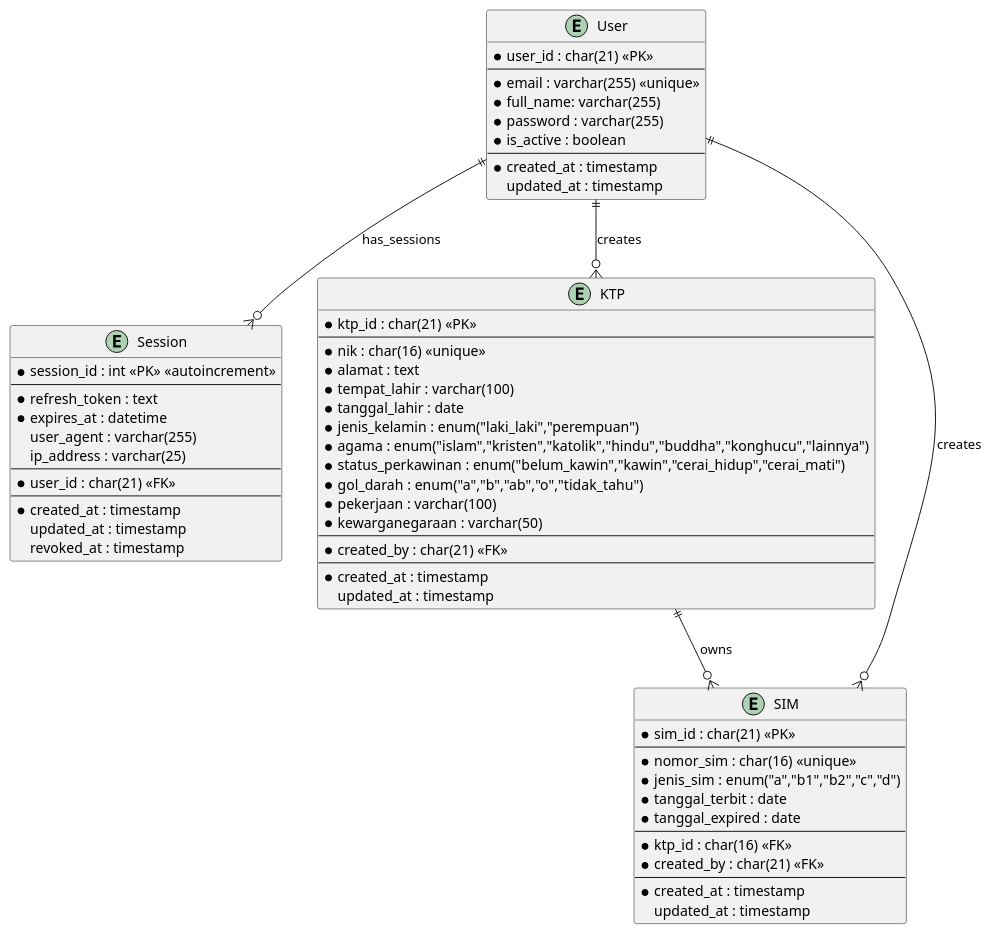
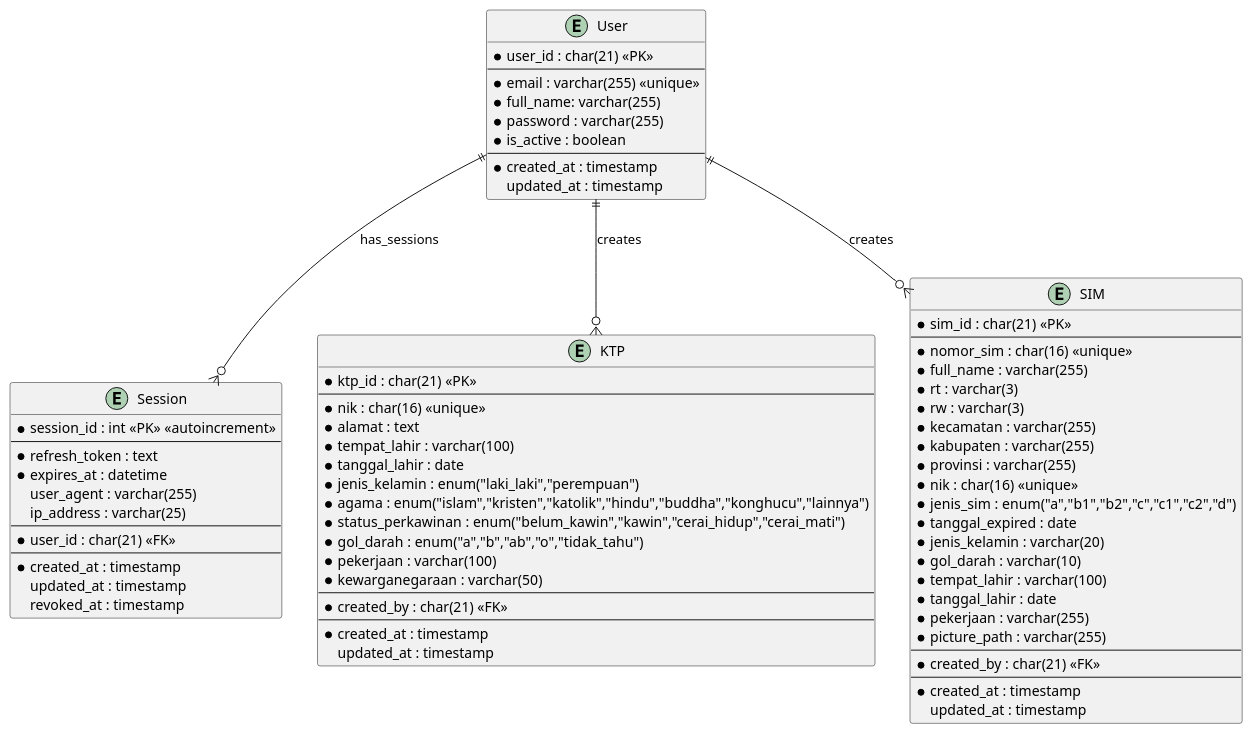
The diagram in docs/erdSim.puml (fauzantaslim/sim-service), drawn with PlantUML before and after one commit. The commit also changed 17 other files, not shown here.

```diff
--- a/docs/erdSim.puml
+++ b/docs/erdSim.puml
@@ -1,69 +1,79 @@
 @startuml
 
   entity User {
     * user_id : char(21) <<PK>>
     --
     * email : varchar(255) <<unique>>
     * full_name: varchar(255) 
     * password : varchar(255)
     * is_active : boolean
     --
     * created_at : timestamp
     updated_at : timestamp
   }
 
   entity Session {
     * session_id : int <<PK>> <<autoincrement>>
     --
     * refresh_token : text
     * expires_at : datetime
     user_agent : varchar(255)
     ip_address : varchar(25)
     --
     * user_id : char(21) <<FK>>
     --
     * created_at : timestamp
     updated_at : timestamp
     revoked_at : timestamp
   }
 
  entity KTP {
     * ktp_id : char(21) <<PK>>
     --
     * nik : char(16) <<unique>>
     * alamat : text
     * tempat_lahir : varchar(100)
     * tanggal_lahir : date
     * jenis_kelamin : enum("laki_laki","perempuan")
     * agama : enum("islam","kristen","katolik","hindu","buddha","konghucu","lainnya")
     * status_perkawinan : enum("belum_kawin","kawin","cerai_hidup","cerai_mati")
     * gol_darah : enum("a","b","ab","o","tidak_tahu")
     * pekerjaan : varchar(100)
     * kewarganegaraan : varchar(50)
     --
     * created_by : char(21) <<FK>>
     --
     * created_at : timestamp
     updated_at : timestamp
   }
 
-    entity SIM {
+  entity SIM {
     * sim_id : char(21) <<PK>>
     --
     * nomor_sim : char(16) <<unique>>
-    * jenis_sim : enum("a","b1","b2","c","d")
-    * tanggal_terbit : date
+    * full_name : varchar(255)
+    * rt : varchar(3)
+    * rw : varchar(3)
+    * kecamatan : varchar(255)
+    * kabupaten : varchar(255)
+    * provinsi : varchar(255)
+    * nik : char(16) <<unique>>
+    * jenis_sim : enum("a","b1","b2","c","c1","c2","d")
     * tanggal_expired : date
+    * jenis_kelamin : varchar(20)
+    * gol_darah : varchar(10)
+    * tempat_lahir : varchar(100)
+    * tanggal_lahir : date
+    * pekerjaan : varchar(255)
+    * picture_path : varchar(255)
     --
-    * ktp_id : char(16) <<FK>>
     * created_by : char(21) <<FK>>
     --
     * created_at : timestamp
     updated_at : timestamp
   }
 
   User ||--o{ Session : "has_sessions"
   User ||--o{ KTP : "creates"
   User ||--o{ SIM : "creates"
-  KTP  ||--o{ SIM : "owns"
 @enduml
```
